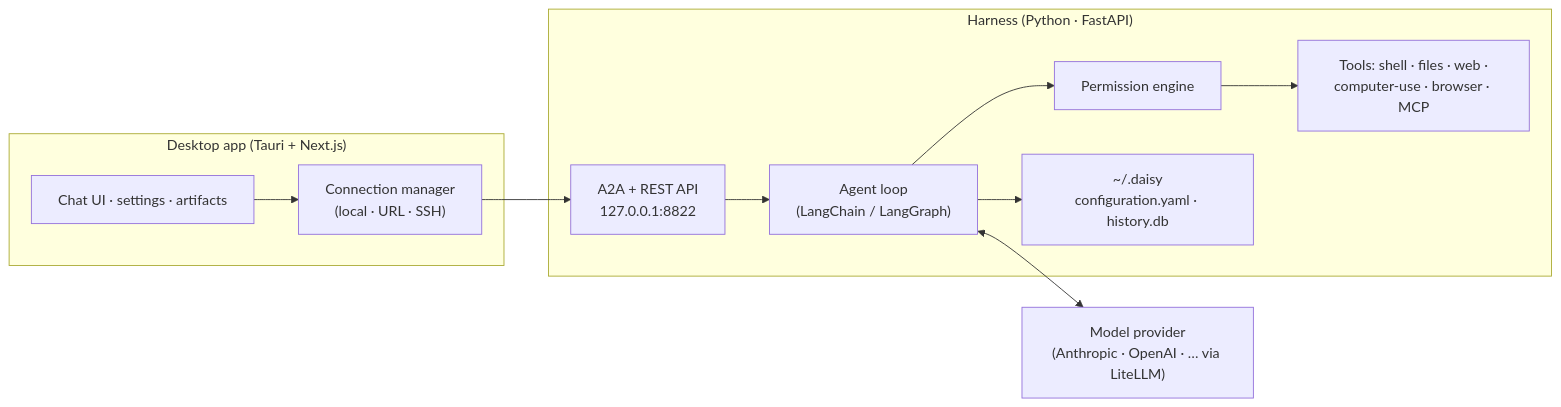
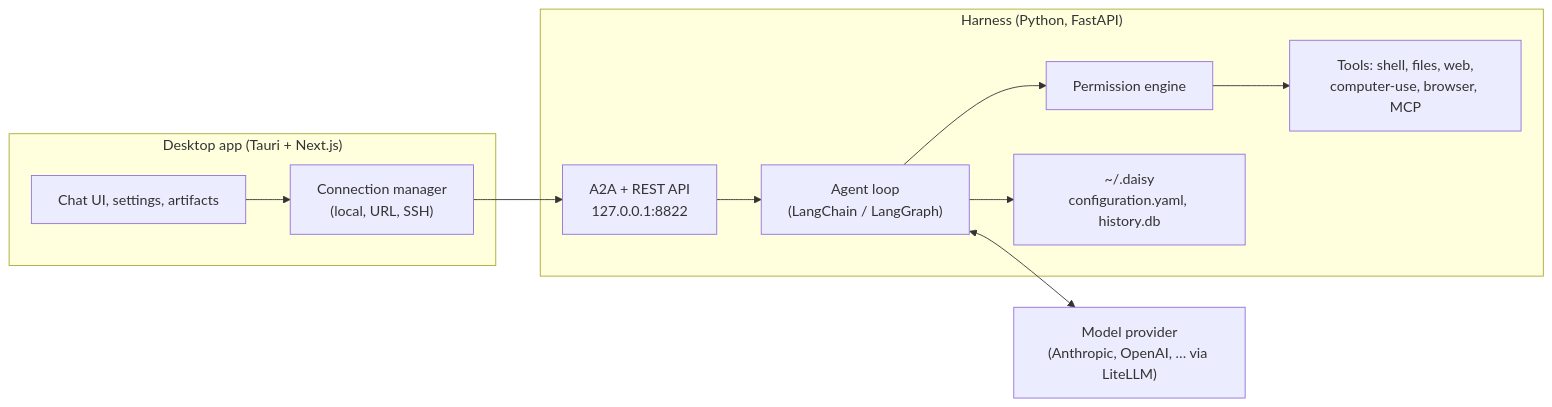
Before and after one commit to ghovax/frank: the diagram in documentation/architecture.md, drawn with Mermaid. The commit also changed 84 other files, not shown here.

````diff
--- a/documentation/architecture.md
+++ b/documentation/architecture.md
@@ -5,22 +5,22 @@
 ```mermaid
 flowchart LR
     subgraph Client["Desktop app (Tauri + Next.js)"]
-        UI["Chat UI · settings · artifacts"]
-        Conn["Connection manager<br/>(local · URL · SSH)"]
+        UI["Chat UI, settings, artifacts"]
+        Conn["Connection manager<br/>(local, URL, SSH)"]
     end
 
-    subgraph Harness["Harness (Python · FastAPI)"]
+    subgraph Harness["Harness (Python, FastAPI)"]
         API["A2A + REST API<br/>127.0.0.1:8822"]
         Loop["Agent loop<br/>(LangChain / LangGraph)"]
         Perm["Permission engine"]
-        Tools["Tools: shell · files · web ·<br/>computer-use · browser · MCP"]
-        Store["~/.daisy<br/>configuration.yaml · history.db"]
+        Tools["Tools: shell, files, web,<br/>computer-use, browser, MCP"]
+        Store["~/.daisy<br/>configuration.yaml, history.db"]
     end
 
-    Model["Model provider<br/>(Anthropic · OpenAI · … via LiteLLM)"]
+    Model["Model provider<br/>(Anthropic, OpenAI, … via LiteLLM)"]
 
     UI --> Conn --> API
     API --> Loop --> Perm --> Tools
     Loop --> Store
     Loop <--> Model
 ```
````
